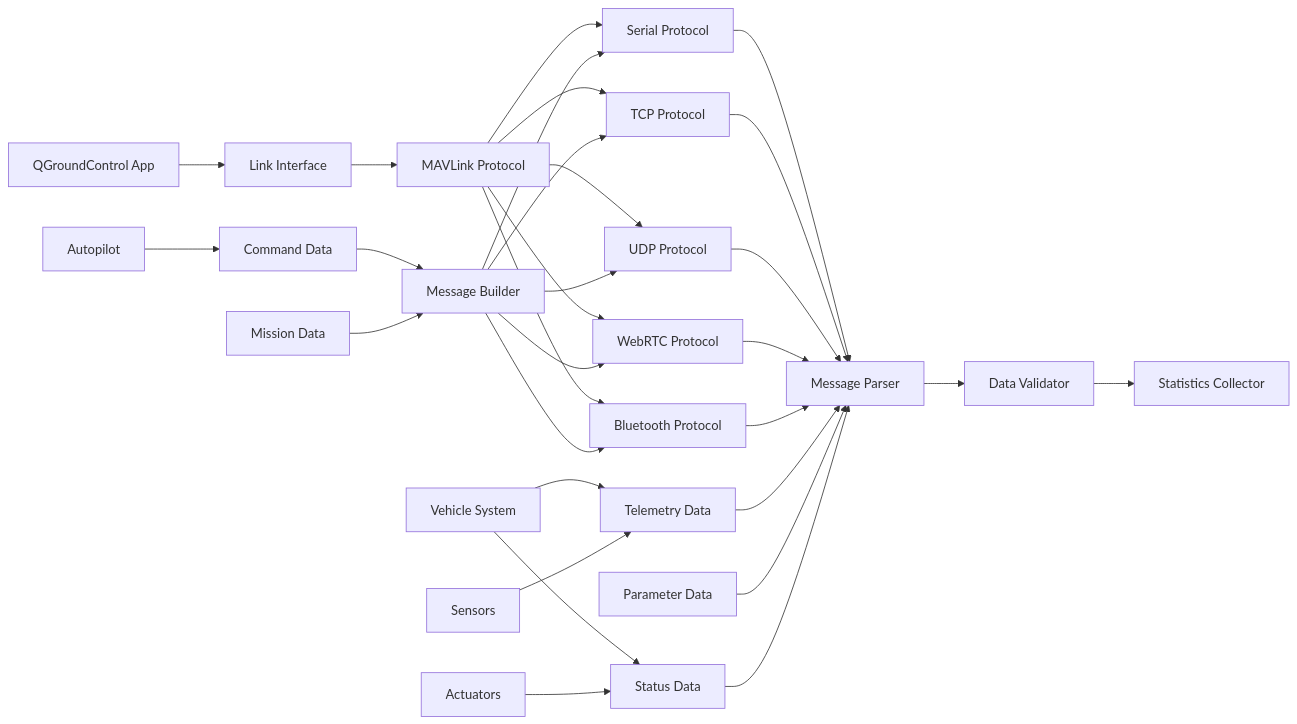
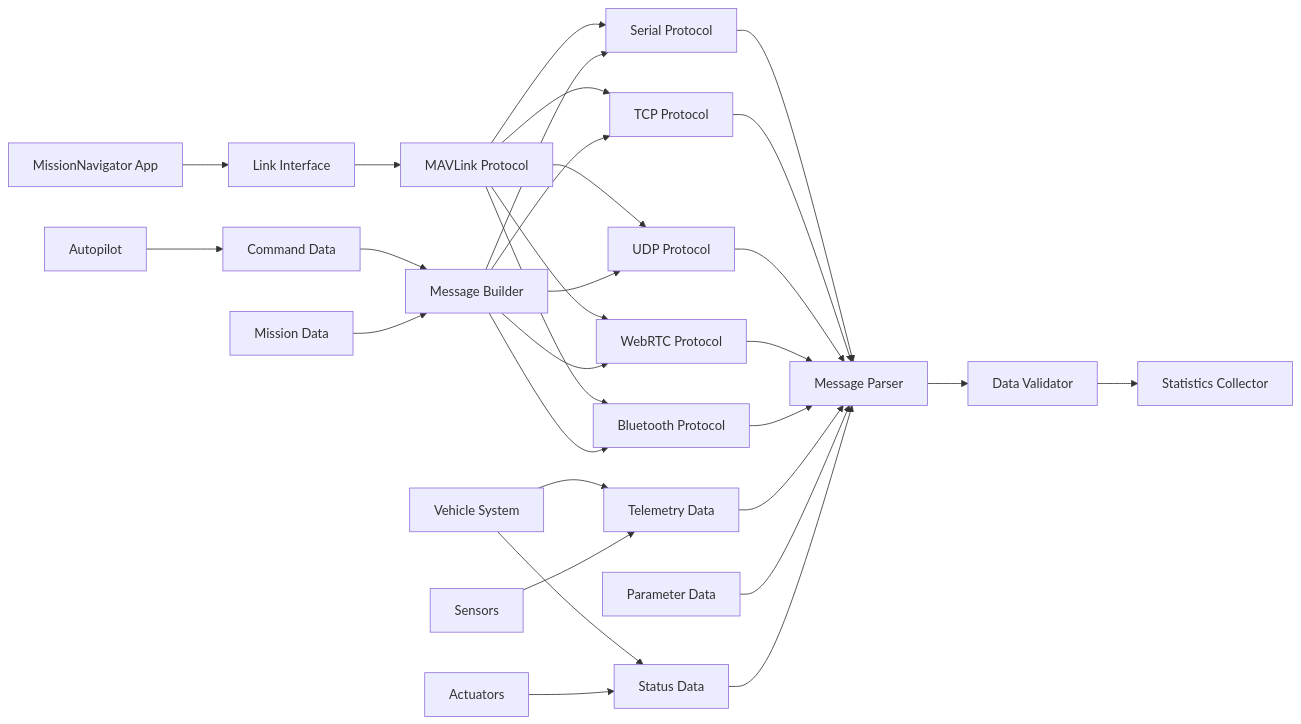
The second of 8 diagrams in QGroundControl_Data_Video_Architecture.md (hsgang/qgroundcontrol), drawn with Mermaid before and after one commit. The commit also changed other lines of this file and 2 other files, not shown here.

````diff
--- a/QGroundControl_Data_Video_Architecture.md
+++ b/QGroundControl_Data_Video_Architecture.md
@@ -90,64 +90,64 @@
 ```mermaid
 graph LR
-    QGCApp[QGroundControl App]
+    MissionNavigator[MissionNavigator App]
     LinkInterface[Link Interface]
     MAVLinkProtocol[MAVLink Protocol]
     
     Serial[Serial Protocol]
     TCP[TCP Protocol]
     UDP[UDP Protocol]
     WebRTC[WebRTC Protocol]
     Bluetooth[Bluetooth Protocol]
     
     MessageParser[Message Parser]
     MessageBuilder[Message Builder]
     DataValidator[Data Validator]
     StatisticsCollector[Statistics Collector]
     
     Vehicle[Vehicle System]
     Autopilot[Autopilot]
     Sensors[Sensors]
     Actuators[Actuators]
     
     Telemetry[Telemetry Data]
     Commands[Command Data]
     Parameters[Parameter Data]
     Mission[Mission Data]
     Status[Status Data]
     
-    QGCApp --> LinkInterface
+    MissionNavigator --> LinkInterface
     LinkInterface --> MAVLinkProtocol
     
     MAVLinkProtocol --> Serial
     MAVLinkProtocol --> TCP
     MAVLinkProtocol --> UDP
     MAVLinkProtocol --> WebRTC
     MAVLinkProtocol --> Bluetooth
     
     Serial --> MessageParser
     TCP --> MessageParser
     UDP --> MessageParser
     WebRTC --> MessageParser
     Bluetooth --> MessageParser
     
     MessageParser --> DataValidator
     DataValidator --> StatisticsCollector
     
     MessageBuilder --> Serial
     MessageBuilder --> TCP
     MessageBuilder --> UDP
     MessageBuilder --> WebRTC
     MessageBuilder --> Bluetooth
     
     Vehicle --> Telemetry
     Vehicle --> Status
     Autopilot --> Commands
     Sensors --> Telemetry
     Actuators --> Status
     
     Telemetry --> MessageParser
     Commands --> MessageBuilder
     Parameters --> MessageParser
     Mission --> MessageBuilder
     Status --> MessageParser
 ```
````
